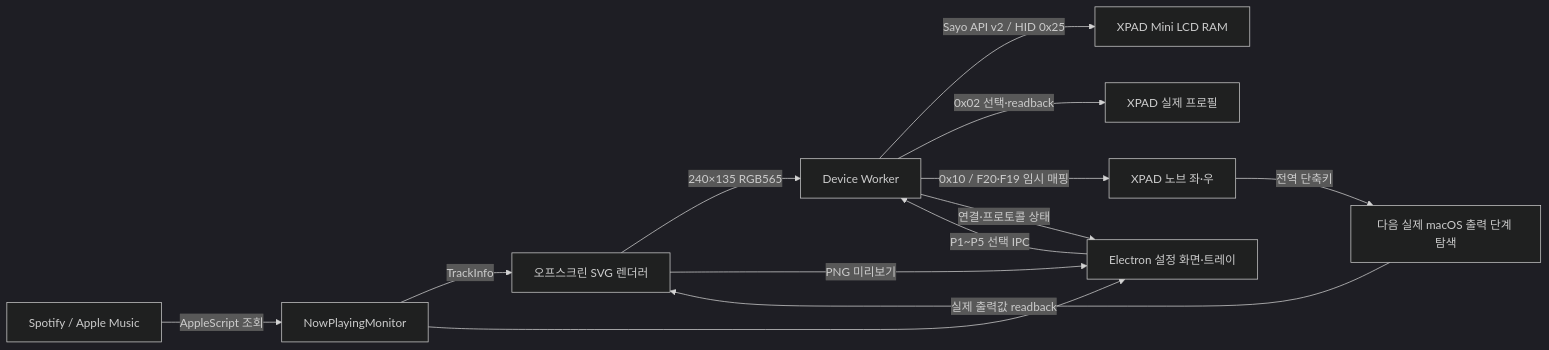
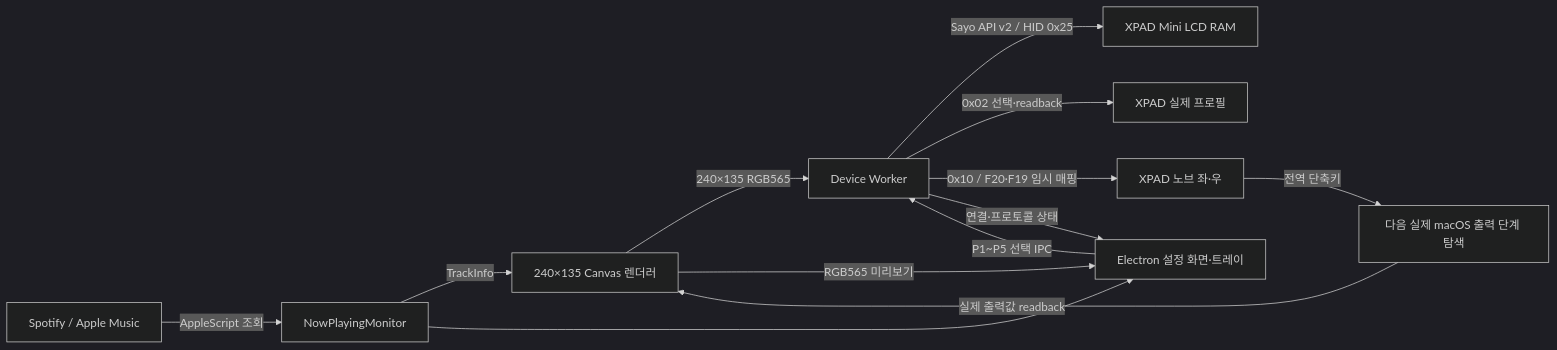
Before and after one commit to zime78/XPAD-mini-Led: the diagram in docs/DEVELOPMENT_REPORT.md, drawn with Mermaid (dark theme). The commit also changed other lines of this file and 13 other files, not shown here.

````diff
--- a/docs/DEVELOPMENT_REPORT.md
+++ b/docs/DEVELOPMENT_REPORT.md
@@ -49,15 +49,15 @@
 ```mermaid
 flowchart LR
     A[Spotify / Apple Music] -->|AppleScript 조회| B[NowPlayingMonitor]
-    B -->|TrackInfo| C[오프스크린 SVG 렌더러]
+    B -->|TrackInfo| C[240×135 Canvas 렌더러]
     C -->|240×135 RGB565| D[Device Worker]
     D -->|Sayo API v2 / HID 0x25| E[XPAD Mini LCD RAM]
     F -->|P1~P5 선택 IPC| D
     D -->|0x02 선택·readback| I[XPAD 실제 프로필]
     D -->|0x10 / F20·F19 임시 매핑| G[XPAD 노브 좌·우]
     G -->|전역 단축키| H[다음 실제 macOS 출력 단계 탐색]
     H -->|실제 출력값 readback| C
     B --> F[Electron 설정 화면·트레이]
-    C -->|PNG 미리보기| F
+    C -->|RGB565 미리보기| F
     D -->|연결·프로토콜 상태| F
 ```
````
